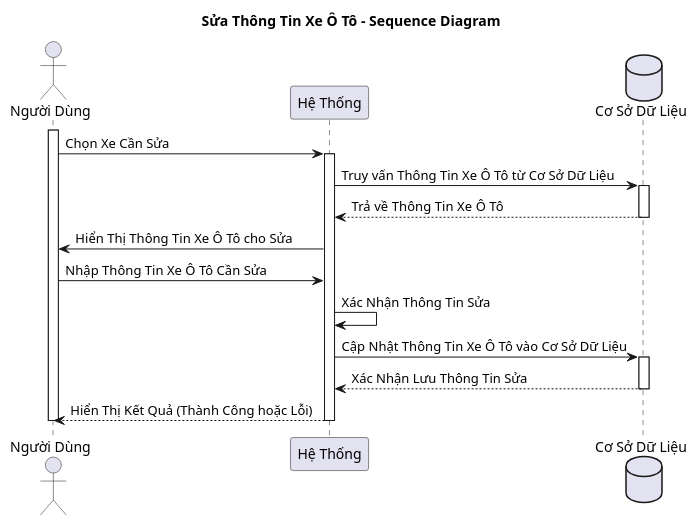
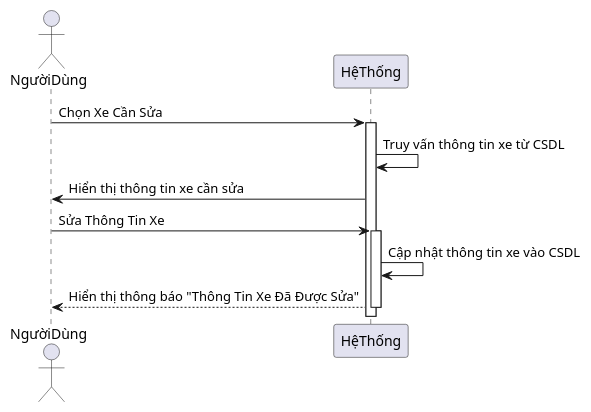
The diagram in Lab1/Lab1.2/Sequence/UC5.SEQ2 Sửa thông tin xe ô tô.plantuml (phutuctran/SE357-Pratice-class), drawn with PlantUML before and after one commit. The commit also changed other lines of this file and 175 other files, not shown here.

```diff
--- a/Lab1/Lab1.2/Sequence/UC5.SEQ2 Sửa thông tin xe ô tô.plantuml
+++ b/Lab1/Lab1.2/Sequence/UC5.SEQ2 Sửa thông tin xe ô tô.plantuml
@@ -1,25 +1,13 @@
 @startuml
-title Sửa Thông Tin Xe Ô Tô - Sequence Diagram
-
-actor "Người Dùng" as user
-participant "Hệ Thống" as system
-database "Cơ Sở Dữ Liệu" as database
-
-activate user
-user -> system: Chọn Xe Cần Sửa
-activate system
-system -> database: Truy vấn Thông Tin Xe Ô Tô từ Cơ Sở Dữ Liệu
-activate database
-database --> system: Trả về Thông Tin Xe Ô Tô
-deactivate database
-system -> user: Hiển Thị Thông Tin Xe Ô Tô cho Sửa
-user -> system: Nhập Thông Tin Xe Ô Tô Cần Sửa
-system -> system: Xác Nhận Thông Tin Sửa
-system -> database: Cập Nhật Thông Tin Xe Ô Tô vào Cơ Sở Dữ Liệu
-activate database
-database --> system: Xác Nhận Lưu Thông Tin Sửa
-deactivate database
-system --> user: Hiển Thị Kết Quả (Thành Công hoặc Lỗi)
-deactivate system
-deactivate user
+actor NgườiDùng
+participant HệThống
+NgườiDùng -> HệThống: Chọn Xe Cần Sửa
+activate HệThống
+HệThống -> HệThống: Truy vấn thông tin xe từ CSDL
+HệThống -> NgườiDùng: Hiển thị thông tin xe cần sửa
+NgườiDùng -> HệThống: Sửa Thông Tin Xe
+activate HệThống
+HệThống -> HệThống: Cập nhật thông tin xe vào CSDL
+HệThống --> NgườiDùng: Hiển thị thông báo "Thông Tin Xe Đã Được Sửa"
+deactivate HệThống
 @enduml
```
